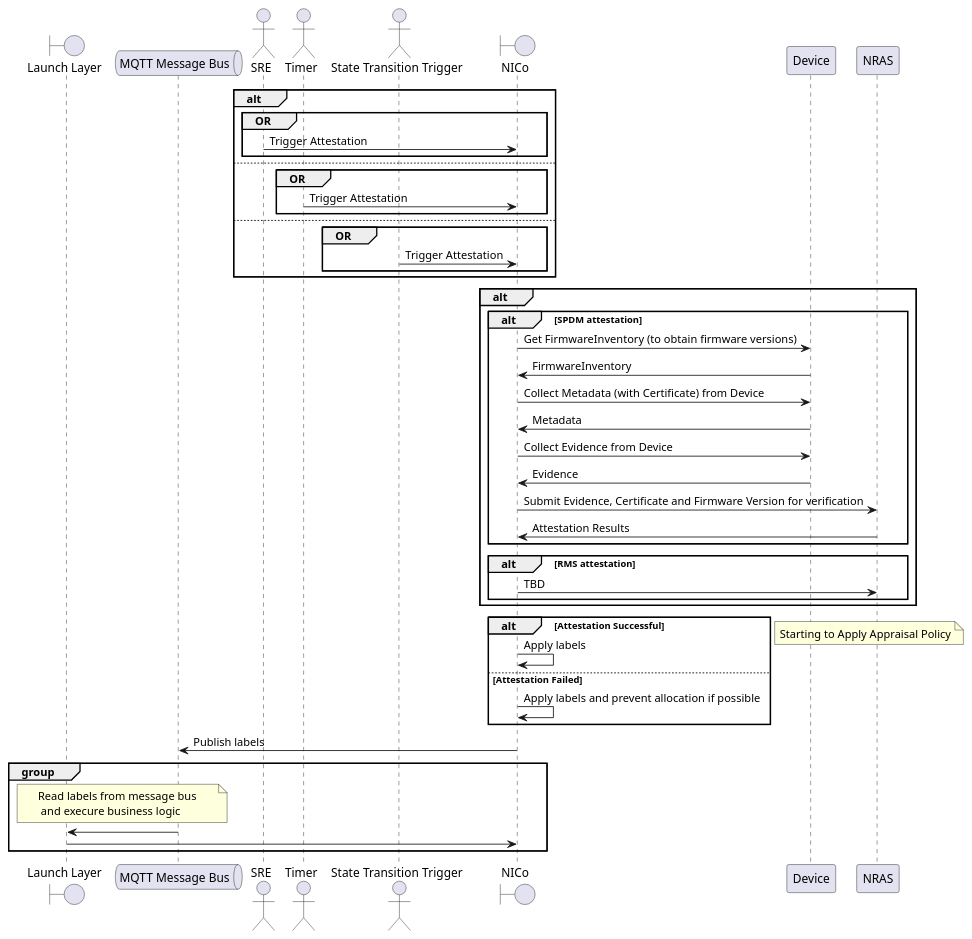
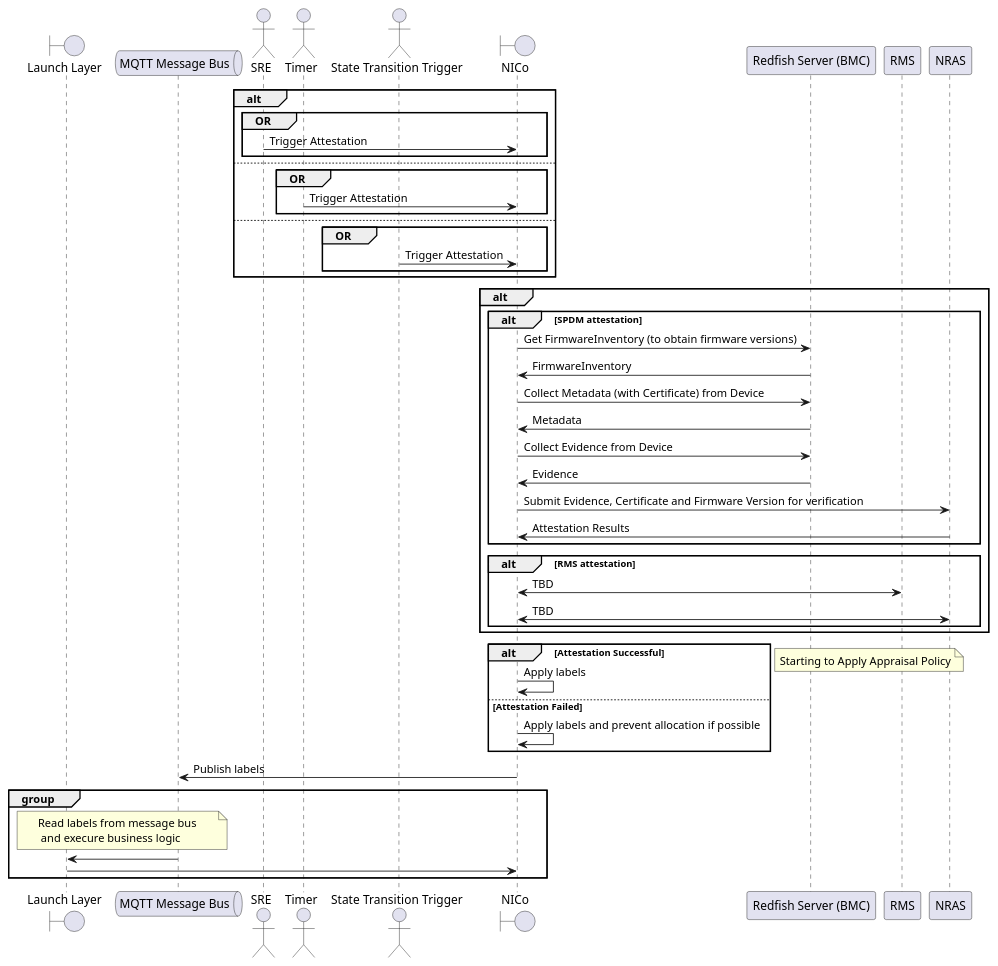
The second of 2 diagrams in docs/design/nico-attestation/nico-attestation.md (kbakanov-dev/bare-metal-manager-core), drawn with PlantUML before and after one commit. The commit also changed other lines of this file and 3 other files, not shown here.

````diff
--- a/docs/design/nico-attestation/nico-attestation.md
+++ b/docs/design/nico-attestation/nico-attestation.md
@@ -51,67 +53,67 @@
 ```plantuml
-@startuml
 boundary "Launch Layer" as LL
 queue "MQTT Message Bus" as MBUS
 
 actor SRE as SRE
 actor Timer as TIMER
 actor "State Transition Trigger" as STATE_TRIGGER
 
 boundary NICo as CARBIDE
-participant Device as DEVICE
+participant "Redfish Server (BMC)" as DEVICE
+participant RMS as RMS
 participant NRAS as NRAS
 
 alt
   group OR
     SRE -> CARBIDE: Trigger Attestation
   end
 else
   group OR
     TIMER -> CARBIDE: Trigger Attestation
   end
 else
   group OR
     STATE_TRIGGER -> CARBIDE: Trigger Attestation
   end
 end
 
 alt 
 alt SPDM attestation
   CARBIDE -> DEVICE : Get FirmwareInventory (to obtain firmware versions)
   DEVICE -> CARBIDE: FirmwareInventory
 
   CARBIDE -> DEVICE : Collect Metadata (with Certificate) from Device
   DEVICE -> CARBIDE: Metadata
 
   CARBIDE -> DEVICE : Collect Evidence from Device
   DEVICE -> CARBIDE: Evidence
 
   CARBIDE -> NRAS : Submit Evidence, Certificate and Firmware Version for verification
   NRAS -> CARBIDE: Attestation Results
 end
 
 alt RMS attestation
-  CARBIDE -> NRAS: TBD
+  CARBIDE <-> RMS: TBD
+  CARBIDE <-> NRAS: TBD
 end
 
 end
 
 alt Attestation Successful
   CARBIDE -> CARBIDE : Apply labels
 else Attestation Failed
   CARBIDE -> CARBIDE: Apply labels and prevent allocation if possible
 end
 
 note left
   Starting to Apply Appraisal Policy
 end note
 
 CARBIDE -> MBUS: Publish labels
 
 group 
   note over LL, MBUS: Read labels from message bus \n and execure business logic
   LL <- MBUS: 
   LL -> CARBIDE:
 end
-@enduml
 ```
````
